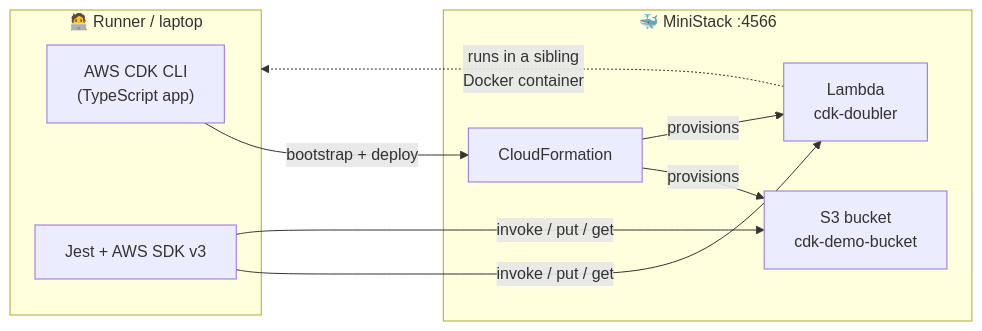
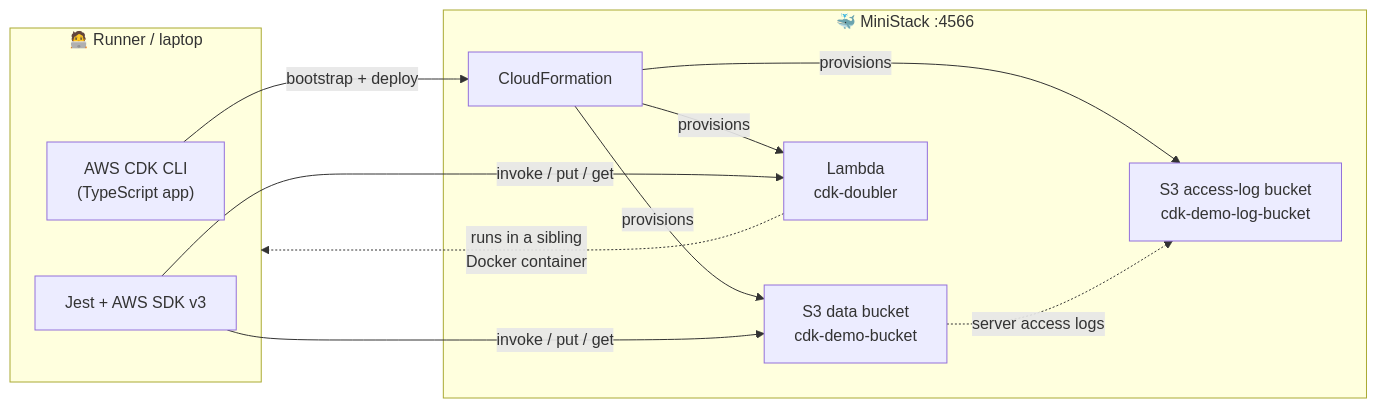
One commit to scottschreckengaust/e2e-ministack changed the diagram in README.md. Above: the diagram before and after it, drawn with Mermaid. The commit also changed other lines of this file and 1 other file, not shown here.

Commit message:
docs: describe both S3 buckets (data + access-log) accurately (#48)
The stack creates two S3 buckets — cdk-demo-bucket (data) and
cdk-demo-log-bucket (server access logs) — but README and CLAUDE.md
described 'an S3 bucket' (singular) and the mermaid diagram showed only
the data bucket. Update prose, the diagram, and the layout/architecture
notes to count two buckets and state why the log bucket exists (satisfies
access-logging rules AwsSolutions-S1 / CKV_AWS_18; logs to itself).

Closes #22

````diff
--- a/README.md
+++ b/README.md
@@ -29,16 +29,18 @@
 ```mermaid
 flowchart LR
     subgraph dev["🧑‍💻 Runner / laptop"]
         CDK["AWS CDK CLI<br/>(TypeScript app)"]
         JEST["Jest + AWS SDK v3"]
     end
     subgraph ms["🐳 MiniStack :4566"]
         CFN["CloudFormation"]
-        S3["S3 bucket<br/>cdk-demo-bucket"]
+        S3["S3 data bucket<br/>cdk-demo-bucket"]
+        LOG["S3 access-log bucket<br/>cdk-demo-log-bucket"]
         LAM["Lambda<br/>cdk-doubler"]
     end
     CDK -- "bootstrap + deploy" --> CFN
-    CFN -- provisions --> S3 & LAM
+    CFN -- provisions --> S3 & LOG & LAM
+    S3 -. "server access logs" .-> LOG
     JEST -- "invoke / put / get" --> LAM & S3
     LAM -. "runs in a sibling<br/>Docker container" .-> dev
 ```
````
